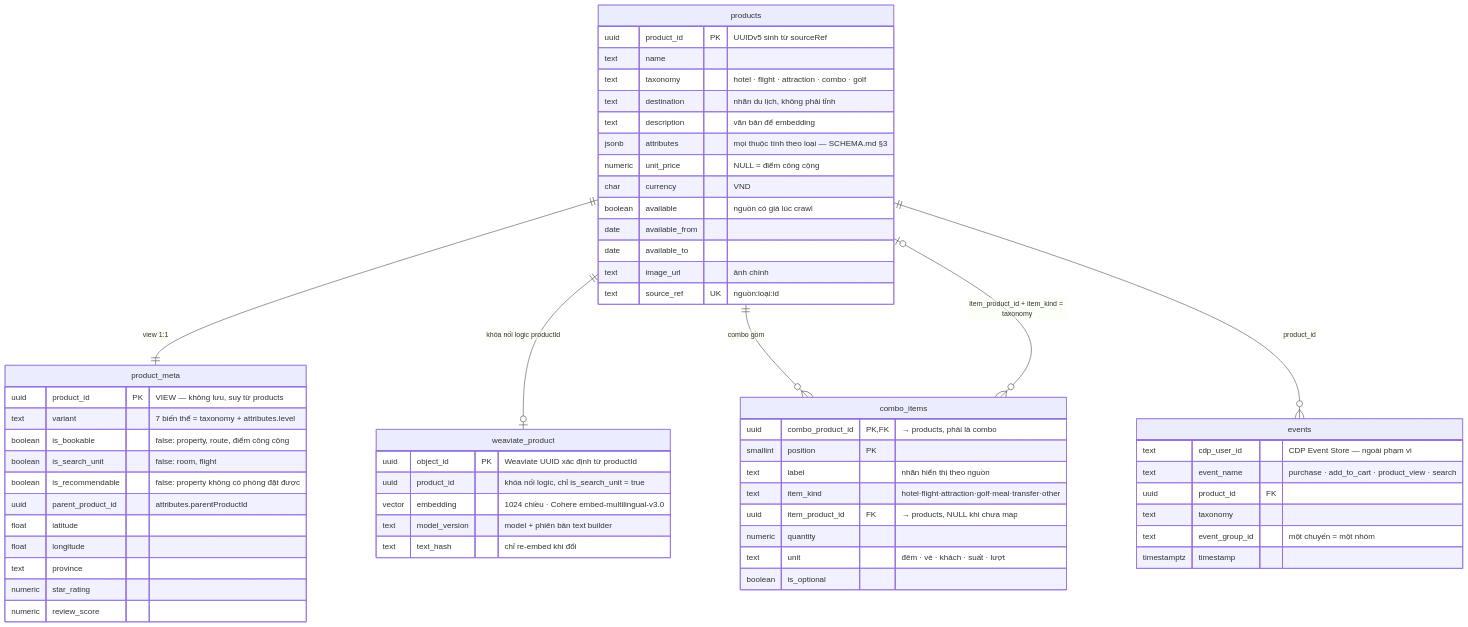
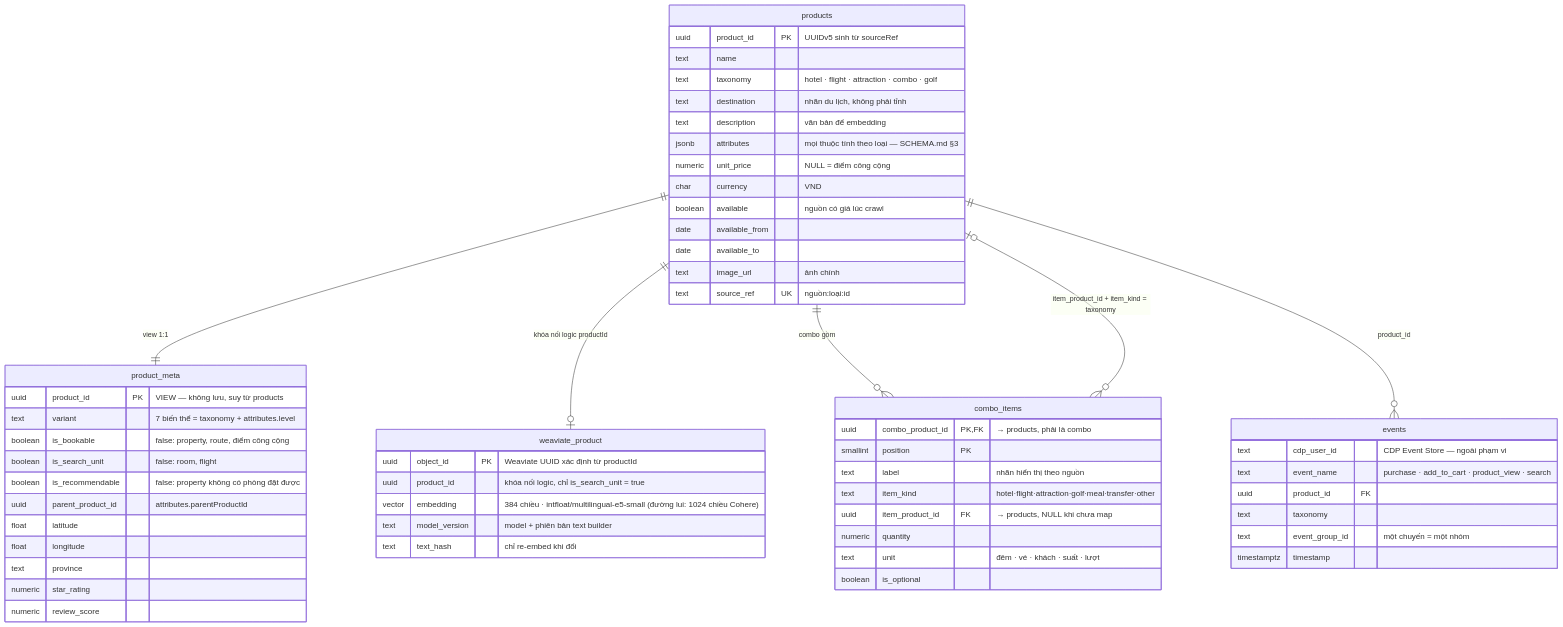
The diagram in docs/spec/PRODUCT_SCHEMA.md (NguyenNhat4/Travel-Recommend-System), drawn with Mermaid before and after one commit. The commit also changed other lines of this file and 82 other files, not shown here.

````diff
--- a/docs/spec/PRODUCT_SCHEMA.md
+++ b/docs/spec/PRODUCT_SCHEMA.md
@@ -28,61 +28,61 @@
 ```mermaid
 erDiagram
     products {
         uuid product_id PK "UUIDv5 sinh từ sourceRef"
         text name
         text taxonomy "hotel · flight · attraction · combo · golf"
         text destination "nhãn du lịch, không phải tỉnh"
         text description "văn bản để embedding"
         jsonb attributes "mọi thuộc tính theo loại — SCHEMA.md §3"
         numeric unit_price "NULL = điểm công cộng"
         char currency "VND"
         boolean available "nguồn có giá lúc crawl"
         date available_from
         date available_to
         text image_url "ảnh chính"
         text source_ref UK "nguồn:loại:id"
     }
     product_meta {
         uuid product_id PK "VIEW — không lưu, suy từ products"
         text variant "7 biến thể = taxonomy + attributes.level"
         boolean is_bookable "false: property, route, điểm công cộng"
         boolean is_search_unit "false: room, flight"
         boolean is_recommendable "false: property không có phòng đặt được"
         uuid parent_product_id "attributes.parentProductId"
         float latitude
         float longitude
         text province
         numeric star_rating
         numeric review_score
     }
     combo_items {
         uuid combo_product_id PK,FK "→ products, phải là combo"
         smallint position PK
         text label "nhãn hiển thị theo nguồn"
         text item_kind "hotel·flight·attraction·golf·meal·transfer·other"
         uuid item_product_id FK "→ products, NULL khi chưa map"
         numeric quantity
         text unit "đêm · vé · khách · suất · lượt"
         boolean is_optional
     }
     weaviate_product {
         uuid object_id PK "Weaviate UUID xác định từ productId"
         uuid product_id "khóa nối logic, chỉ is_search_unit = true"
-        vector embedding "1024 chiều · Cohere embed-multilingual-v3.0"
+        vector embedding "384 chiều · intfloat/multilingual-e5-small (đường lui: 1024 chiều Cohere)"
         text model_version "model + phiên bản text builder"
         text text_hash "chỉ re-embed khi đổi"
     }
     events {
         text cdp_user_id "CDP Event Store — ngoài phạm vi"
         text event_name "purchase · add_to_cart · product_view · search"
         uuid product_id FK
         text taxonomy
         text event_group_id "một chuyến = một nhóm"
         timestamptz timestamp
     }
     products ||--|| product_meta : "view 1:1"
     products ||--o| weaviate_product : "khóa nối logic productId"
     products ||--o{ combo_items : "combo gồm"
     combo_items }o--o| products : "item_product_id + item_kind = taxonomy"
     products ||--o{ events : "product_id"
 ```
````
